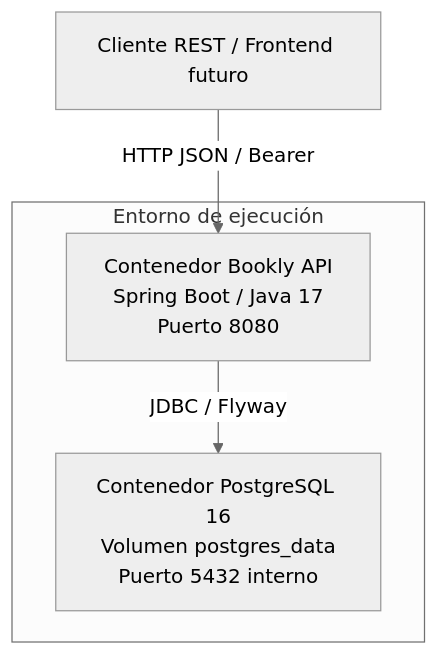
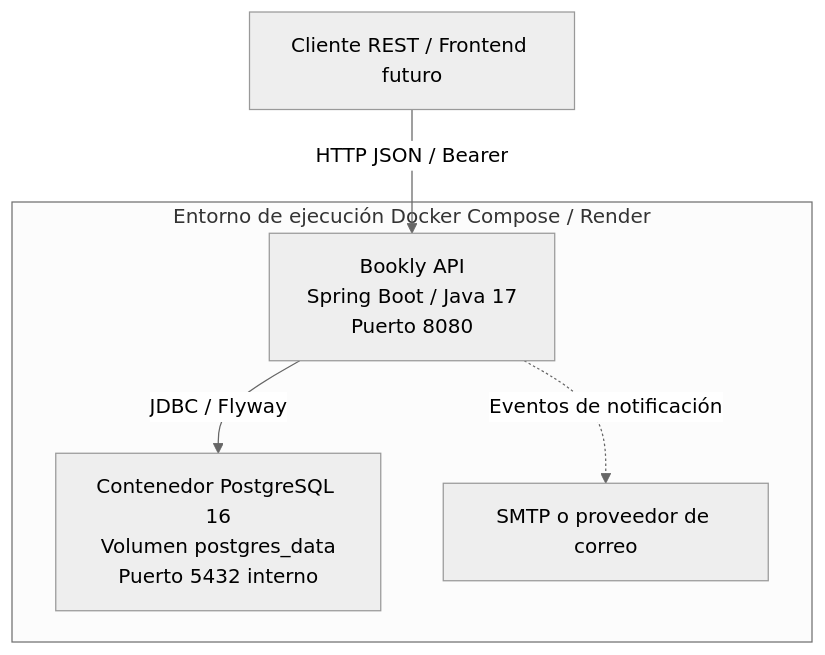
Before and after one commit to Code-Factory-Bookly/backendcf: the third of 8 diagrams in README_ARQUITECTURA.md, drawn with Mermaid (neutral theme). The commit also changed other lines of this file and 2 other files, not shown here.

Commit message:
docs: actualizar diagramas y documentacion de entrega 3

````diff
--- a/README_ARQUITECTURA.md
+++ b/README_ARQUITECTURA.md
@@ -59,10 +76,12 @@
 ```mermaid
 flowchart TB
     Client[Cliente REST / Frontend futuro]
-    subgraph Runtime[Entorno de ejecución]
-        App[Contenedor Bookly API<br/>Spring Boot / Java 17<br/>Puerto 8080]
+    subgraph Runtime[Entorno de ejecución Docker Compose / Render]
+        App[Bookly API<br/>Spring Boot / Java 17<br/>Puerto 8080]
         Db[Contenedor PostgreSQL 16<br/>Volumen postgres_data<br/>Puerto 5432 interno]
+        Mail[SMTP o proveedor de correo]
     end
     Client -->|HTTP JSON / Bearer| App
     App -->|JDBC / Flyway| Db
+    App -.->|Eventos de notificación| Mail
 ```
````
